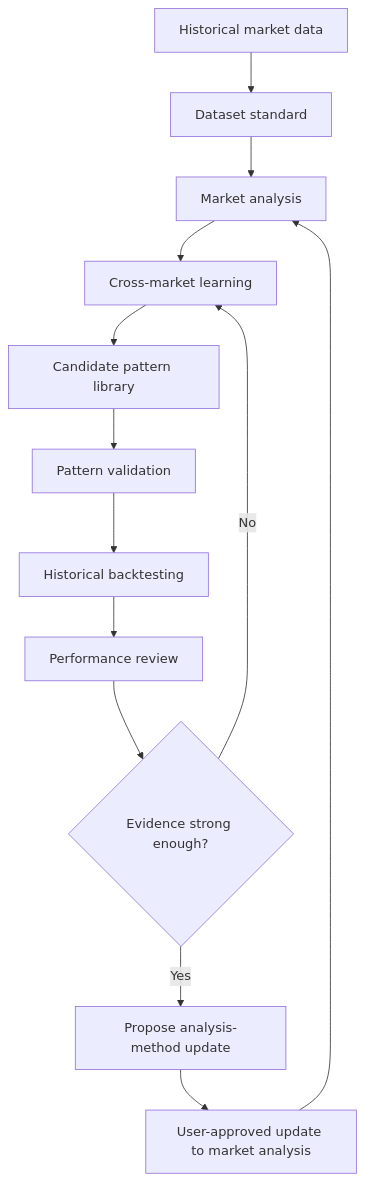
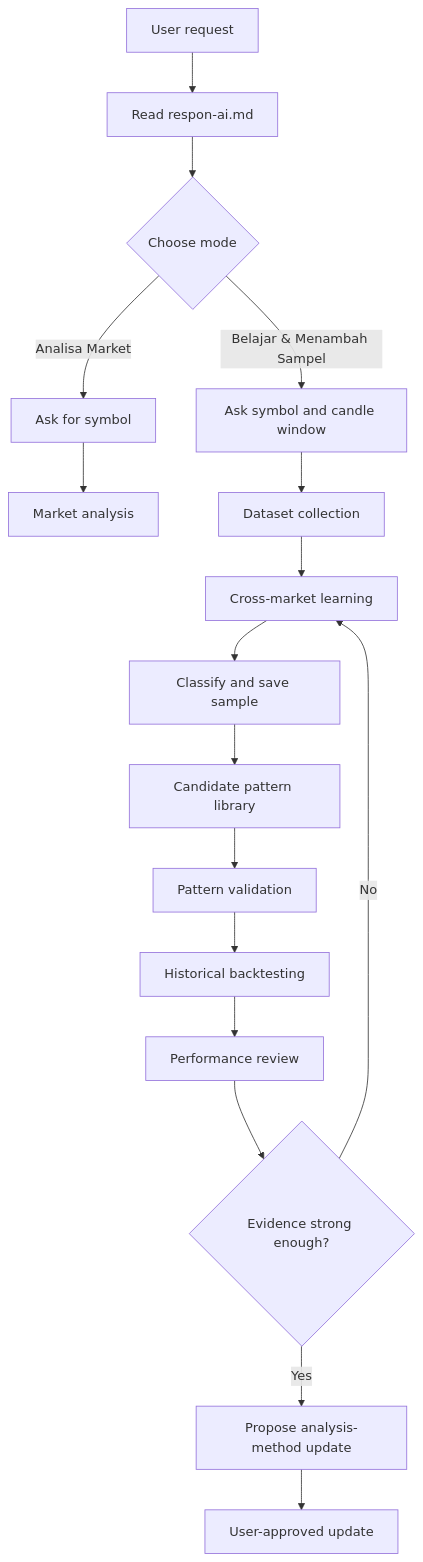
The diagram in README.md (YosmerryGod/Skill-trading-chatgpt), drawn with Mermaid before and after one commit. The commit also changed other lines of this file, not shown here.

````diff
--- a/README.md
+++ b/README.md
@@ -52,15 +62,19 @@
 ```mermaid
 flowchart TD
-    A[Historical market data] --> B[Dataset standard]
-    B --> C[Market analysis]
-    C --> D[Cross-market learning]
-    D --> E[Candidate pattern library]
-    E --> F[Pattern validation]
-    F --> G[Historical backtesting]
-    G --> H[Performance review]
-    H --> I{Evidence strong enough?}
-    I -->|No| D
-    I -->|Yes| J[Propose analysis-method update]
-    J --> K[User-approved update to market analysis]
-    K --> C
+    A[User request] --> B[Read respon-ai.md]
+    B --> C{Choose mode}
+    C -->|Analisa Market| D[Ask for symbol]
+    D --> E[Market analysis]
+    C -->|Belajar & Menambah Sampel| F[Ask symbol and candle window]
+    F --> G[Dataset collection]
+    G --> H[Cross-market learning]
+    H --> I[Classify and save sample]
+    I --> J[Candidate pattern library]
+    J --> K[Pattern validation]
+    K --> L[Historical backtesting]
+    L --> M[Performance review]
+    M --> N{Evidence strong enough?}
+    N -->|No| H
+    N -->|Yes| O[Propose analysis-method update]
+    O --> P[User-approved update]
 ```
````
